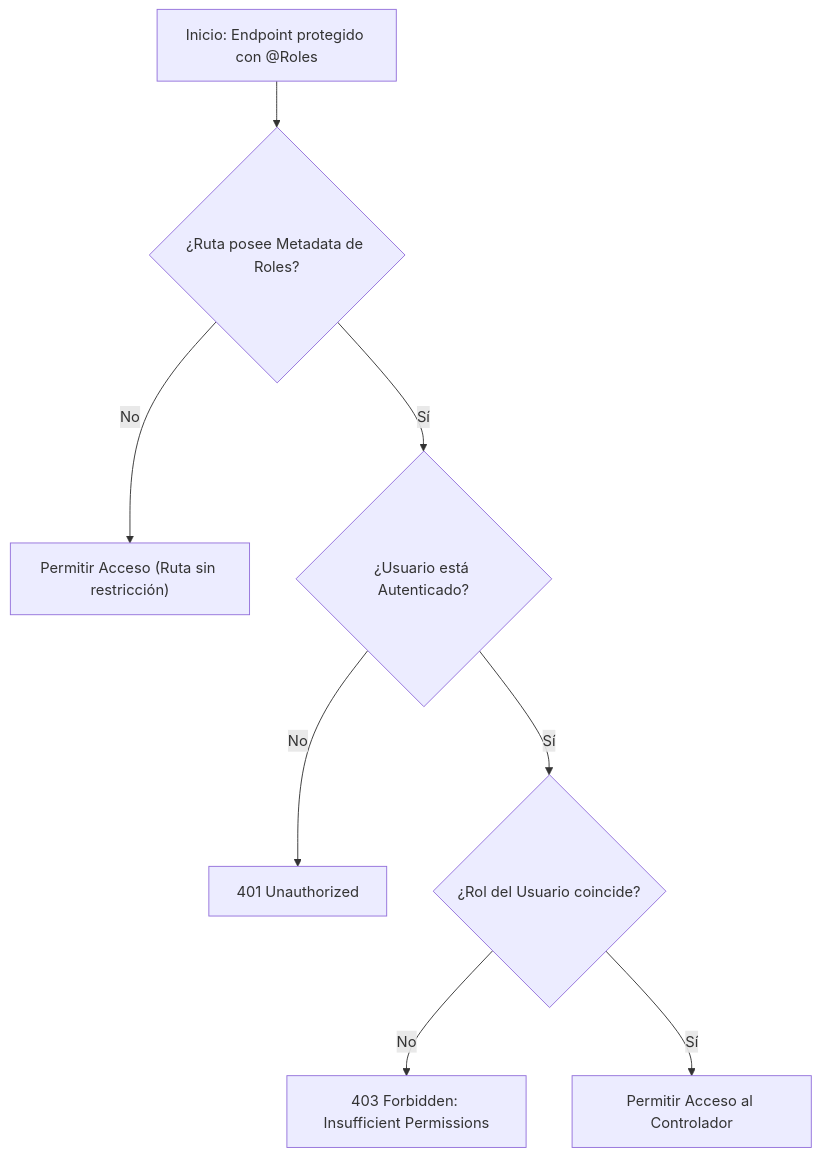
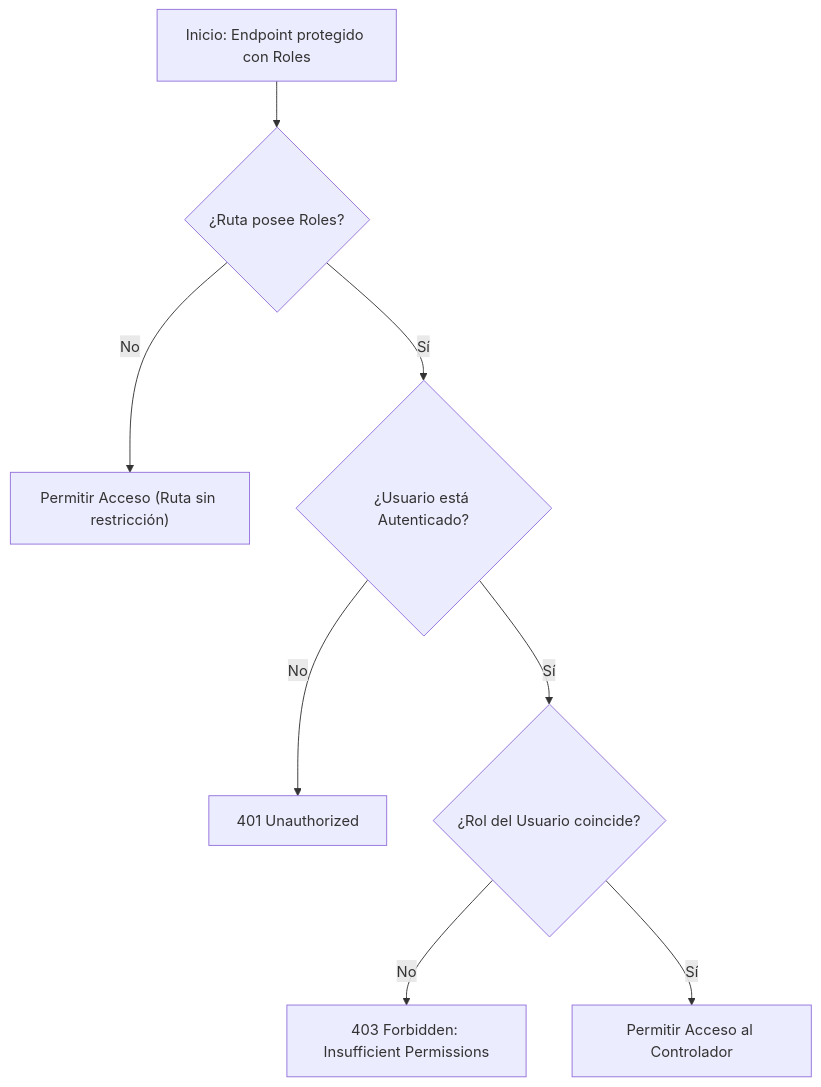
Before and after one commit to freddyhcode/nestjs-auth-boilerplate: the diagram in docs/roles-flow.md, drawn with Mermaid. The commit also changed 12 other files, not shown here.

````diff
--- a/docs/roles-flow.md
+++ b/docs/roles-flow.md
@@ -3,10 +3,10 @@
 ```mermaid
 flowchart TD
-    A[Inicio: Endpoint protegido con @Roles] --> B{¿Ruta posee Metadata de Roles?}
+    A[Inicio: Endpoint protegido con Roles] --> B{¿Ruta posee Roles?}
     B -- No --> C["Permitir Acceso (Ruta sin restricción)"]
     B -- Sí --> D{¿Usuario está Autenticado?}
     D -- No --> E["401 Unauthorized"]
     D -- Sí --> F{¿Rol del Usuario coincide?}
     F -- No --> G["403 Forbidden: Insufficient Permissions"]
     F -- Sí --> H[Permitir Acceso al Controlador]
 ```
````
